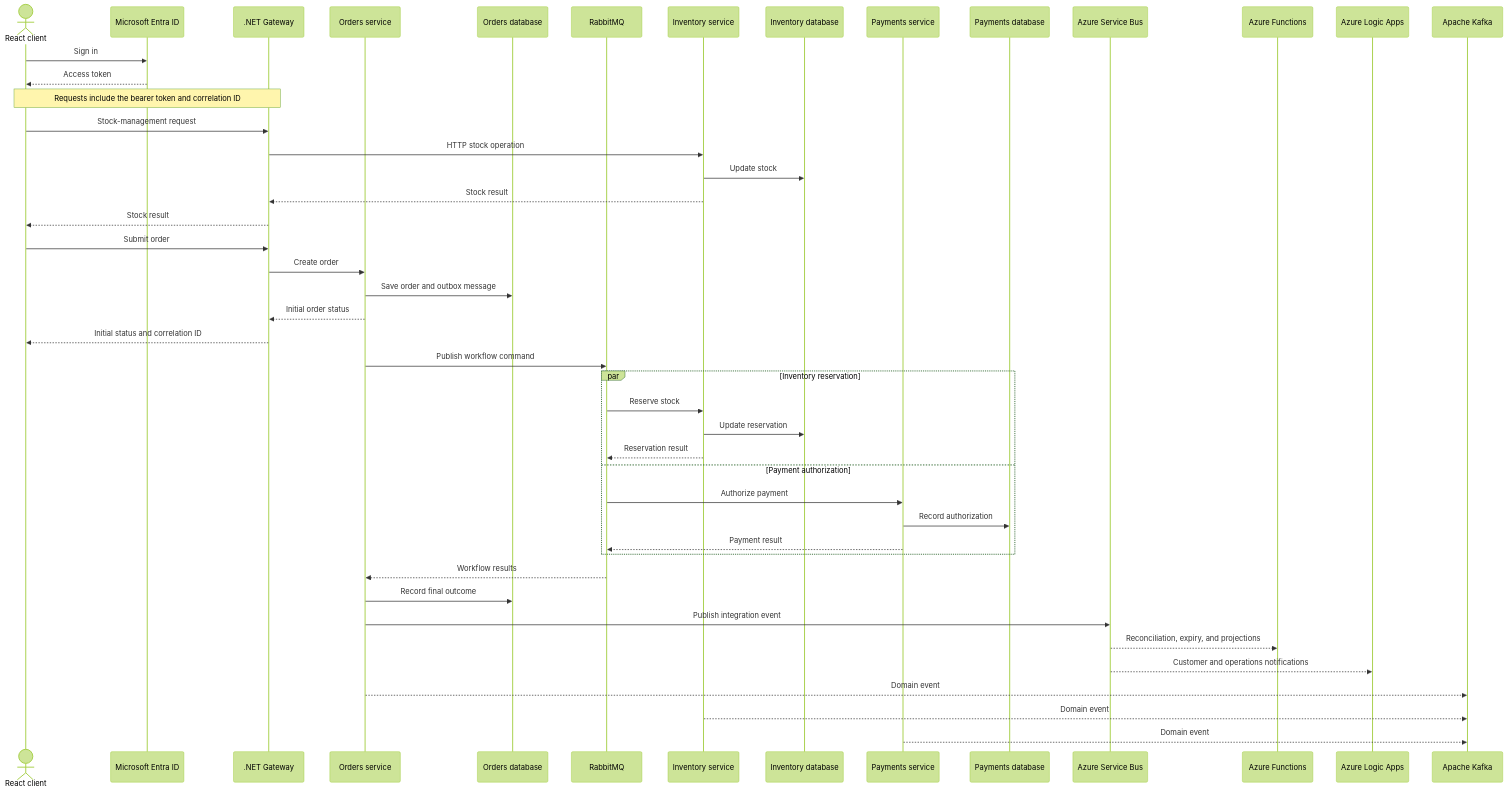
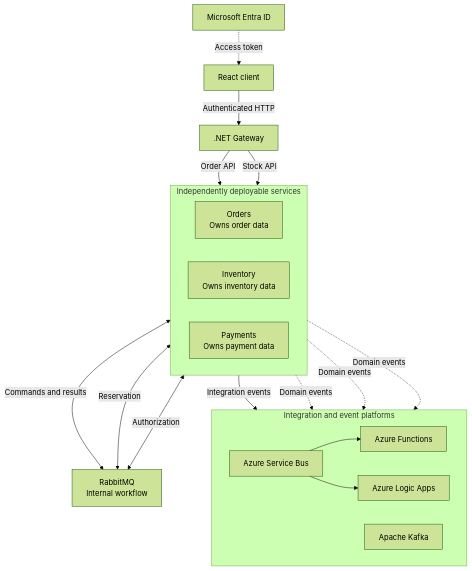
Before and after one commit to purlieu-studios/order-forge: the diagram in README.md, drawn with Mermaid (forest theme). The commit also changed other lines of this file, not shown here.

Commit message:
chore: Update graph again.  Not best, but fine for now

````diff
--- a/README.md
+++ b/README.md
@@ -11,53 +11,35 @@
 ```mermaid
-sequenceDiagram
-    actor Client as React client
-    participant Entra as Microsoft Entra ID
-    participant Gateway as .NET Gateway
-    participant Orders as Orders service
-    participant OrdersDb as Orders database
-    participant Rabbit as RabbitMQ
-    participant Inventory as Inventory service
-    participant InventoryDb as Inventory database
-    participant Payments as Payments service
-    participant PaymentsDb as Payments database
-    participant Bus as Azure Service Bus
-    participant Functions as Azure Functions
-    participant Logic as Azure Logic Apps
-    participant Kafka as Apache Kafka
+flowchart TB
+    Entra["Microsoft Entra ID"] -.->|Access token| Client["React client"]
+    Client -->|Authenticated HTTP| Gateway[".NET Gateway"]
 
-    Client->>Entra: Sign in
-    Entra-->>Client: Access token
-    Note over Client,Gateway: Requests include the bearer token and correlation ID
-
-    Client->>Gateway: Stock-management request
-    Gateway->>Inventory: HTTP stock operation
-    Inventory->>InventoryDb: Update stock
-    Inventory-->>Gateway: Stock result
-    Gateway-->>Client: Stock result
-
-    Client->>Gateway: Submit order
-    Gateway->>Orders: Create order
-    Orders->>OrdersDb: Save order and outbox message
-    Orders-->>Gateway: Initial order status
-    Gateway-->>Client: Initial status and correlation ID
-
-    Orders->>Rabbit: Publish workflow command
-    par Inventory reservation
-        Rabbit->>Inventory: Reserve stock
-        Inventory->>InventoryDb: Update reservation
-        Inventory-->>Rabbit: Reservation result
-    and Payment authorization
-        Rabbit->>Payments: Authorize payment
-        Payments->>PaymentsDb: Record authorization
-        Payments-->>Rabbit: Payment result
+    subgraph Services["Independently deployable services"]
+        direction LR
+        Orders["Orders<br/>Owns order data"]
+        Inventory["Inventory<br/>Owns inventory data"]
+        Payments["Payments<br/>Owns payment data"]
     end
 
-    Rabbit-->>Orders: Workflow results
-    Orders->>OrdersDb: Record final outcome
-    Orders->>Bus: Publish integration event
-    Bus-->>Functions: Reconciliation, expiry, and projections
-    Bus-->>Logic: Customer and operations notifications
-    Orders-->>Kafka: Domain event
-    Inventory-->>Kafka: Domain event
-    Payments-->>Kafka: Domain event
+    Gateway -->|Order API| Orders
+    Gateway -->|Stock API| Inventory
+
+    Rabbit["RabbitMQ<br/>Internal workflow"]
+    Orders <-->|Commands and results| Rabbit
+    Rabbit <-->|Reservation| Inventory
+    Rabbit <-->|Authorization| Payments
+
+    subgraph Integrations["Integration and event platforms"]
+        direction LR
+        Bus["Azure Service Bus"]
+        Functions["Azure Functions"]
+        Logic["Azure Logic Apps"]
+        Kafka["Apache Kafka"]
+        Bus --> Functions
+        Bus --> Logic
+    end
+
+    Orders -->|Integration events| Bus
+    Orders -.->|Domain events| Kafka
+    Inventory -.->|Domain events| Kafka
+    Payments -.->|Domain events| Kafka
 ```
````
